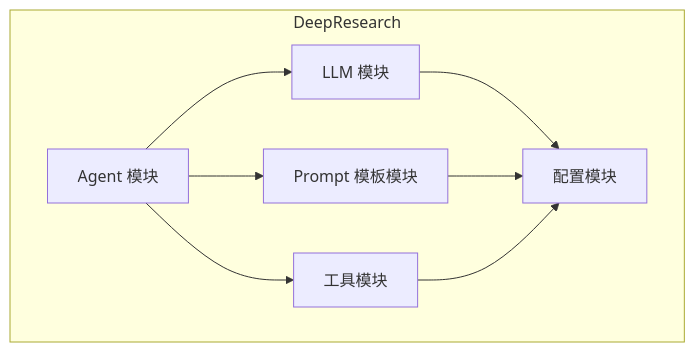
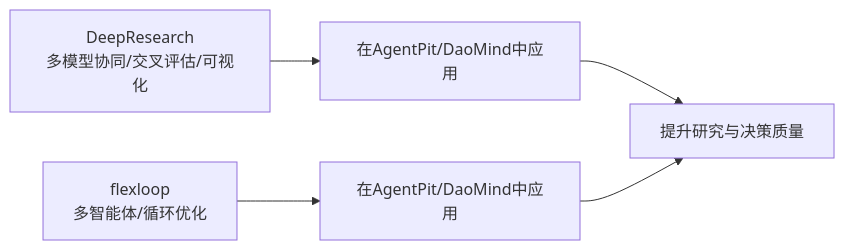
The sixth of 7 diagrams in .qoder/repowiki/zh/content/项目概述/项目概述.md (daoApps/daoApps), drawn with Mermaid before and after one commit. The commit also changed other lines of this file and 274 other files, not shown here.

````diff
--- a/.qoder/repowiki/zh/content/项目概述/项目概述.md
+++ b/.qoder/repowiki/zh/content/项目概述/项目概述.md
@@ -212,16 +246,7 @@
 ```mermaid
-graph TB
-subgraph "DeepResearch"
-Agent["Agent 模块"]
-LLM["LLM 模块"]
-Prompt["Prompt 模板模块"]
-Tools["工具模块"]
-Config["配置模块"]
-end
-Agent --> LLM
-Agent --> Prompt
-Agent --> Tools
-LLM --> Config
-Prompt --> Config
-Tools --> Config
+graph LR
+DR["DeepResearch<br/>多模型协同/交叉评估/可视化"] --> UseDR["在AgentPit/DaoMind中应用"]
+FL["flexloop<br/>多智能体/循环优化"] --> UseFL["在AgentPit/DaoMind中应用"]
+UseDR --> Apps["提升研究与决策质量"]
+UseFL --> Apps
 ```
````
